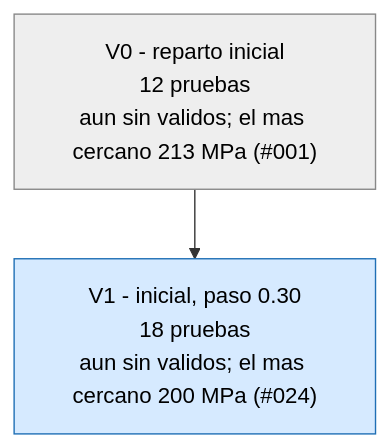
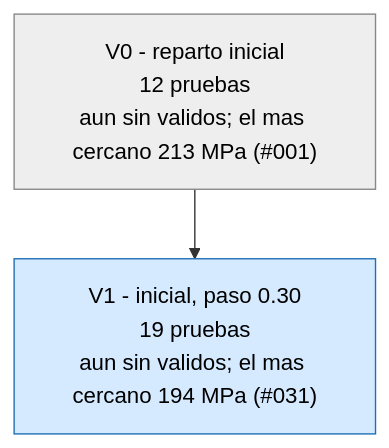
The first of 3 diagrams in runs/opt_37800N/ARBOL.md (Hugiko/msd-soporte-optimizacion), drawn with Mermaid before and after one commit. The commit also changed 22 other files, not shown here.

````diff
--- a/runs/opt_37800N/ARBOL.md
+++ b/runs/opt_37800N/ARBOL.md
@@ -9,9 +9,9 @@
 ```mermaid
 graph TD
 classDef activa fill:#d6eaff,stroke:#1f6fb5,color:#000
 classDef fin fill:#eeeeee,stroke:#888,color:#000
 classDef mejor fill:#c8f0c0,stroke:#1a9850,stroke-width:4px,color:#000
 V0["V0 - reparto inicial<br/>12 pruebas<br/>aun sin validos; el mas cercano 213 MPa (#001)"]:::fin
-V1["V1 - inicial, paso 0.30<br/>18 pruebas<br/>aun sin validos; el mas cercano 200 MPa (#024)"]:::activa
+V1["V1 - inicial, paso 0.30<br/>19 pruebas<br/>aun sin validos; el mas cercano 194 MPa (#031)"]:::activa
 V0 --> V1
 ```
````
